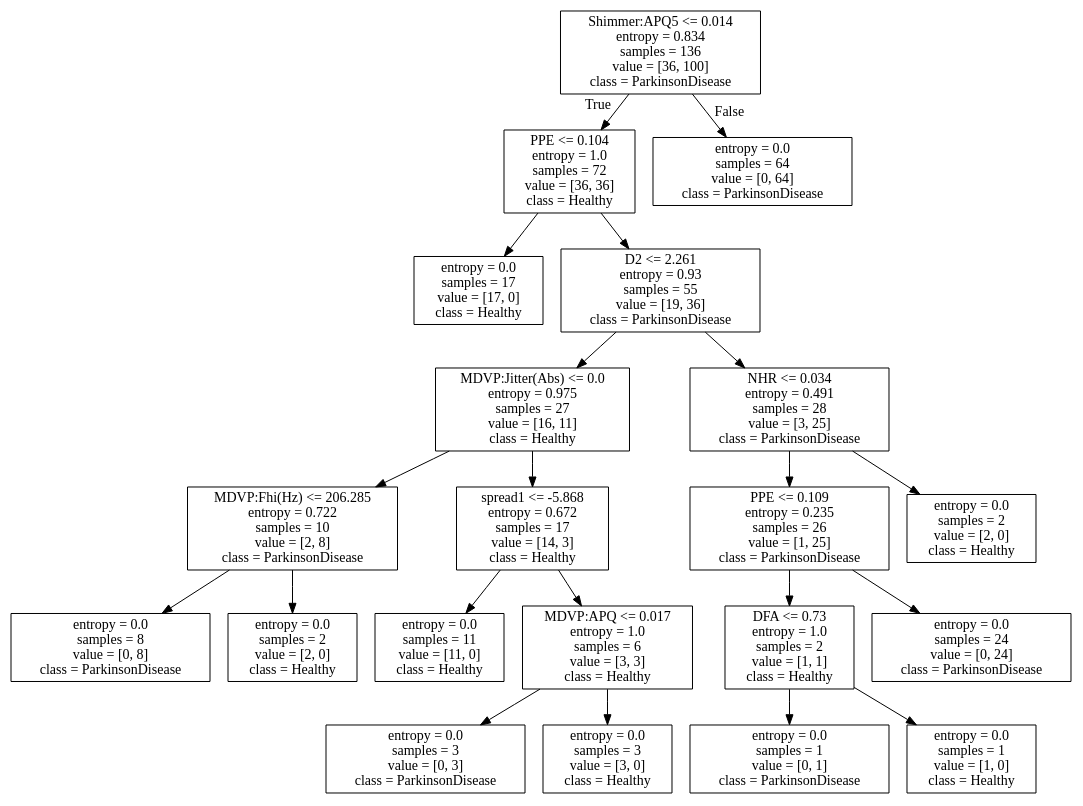
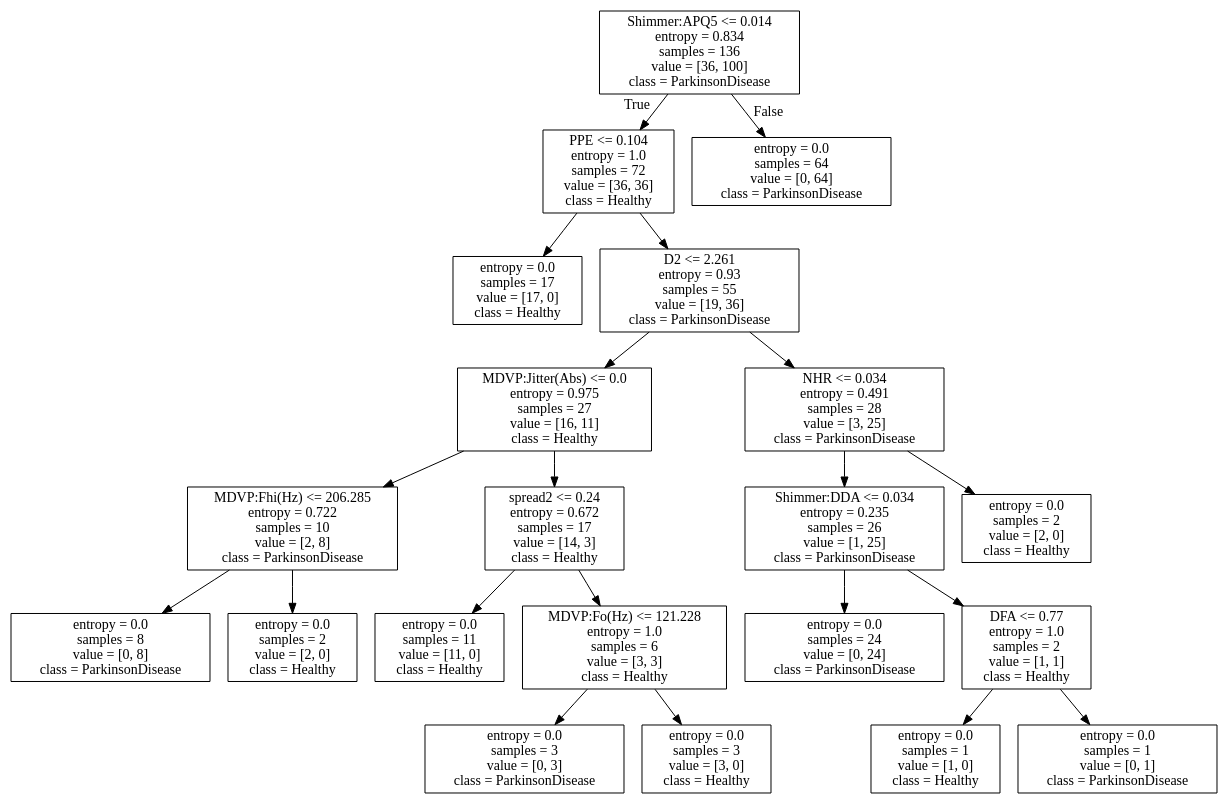
One commit to GreatLearningAIML1/chennai-aug-batch-senthilvelavan changed the diagram in EnsembleTechniques-R3-Project1/PD_No_Yes.dot. Above: the diagram before and after it, drawn with Graphviz. The commit also changed 6 other files, not shown here.

Commit message:
modified:   EnsembleTechniques_R3_Project1_Parkinson’s Disease.ipynb 	modified:   PD_No_Yes.dot 	modified:   PD_No_Yes_1.dot 	modified:   PD_No_Yes_2.dot 	new file:   PD_No_Yes_3.dot 	new file:   PD_No_Yes_4.dot 	new file:   PD_No_Yes_5.dot 	new file:   PD_No_Yes_6.dot

```diff
--- a/EnsembleTechniques-R3-Project1/PD_No_Yes.dot
+++ b/EnsembleTechniques-R3-Project1/PD_No_Yes.dot
@@ -1,44 +1,44 @@
 digraph Tree {
 node [shape=box] ;
 0 [label="Shimmer:APQ5 <= 0.014\nentropy = 0.834\nsamples = 136\nvalue = [36, 100]\nclass = ParkinsonDisease"] ;
 1 [label="PPE <= 0.104\nentropy = 1.0\nsamples = 72\nvalue = [36, 36]\nclass = Healthy"] ;
 0 -> 1 [labeldistance=2.5, labelangle=45, headlabel="True"] ;
 2 [label="entropy = 0.0\nsamples = 17\nvalue = [17, 0]\nclass = Healthy"] ;
 1 -> 2 ;
 3 [label="D2 <= 2.261\nentropy = 0.93\nsamples = 55\nvalue = [19, 36]\nclass = ParkinsonDisease"] ;
 1 -> 3 ;
 4 [label="MDVP:Jitter(Abs) <= 0.0\nentropy = 0.975\nsamples = 27\nvalue = [16, 11]\nclass = Healthy"] ;
 3 -> 4 ;
 5 [label="MDVP:Fhi(Hz) <= 206.285\nentropy = 0.722\nsamples = 10\nvalue = [2, 8]\nclass = ParkinsonDisease"] ;
 4 -> 5 ;
 6 [label="entropy = 0.0\nsamples = 8\nvalue = [0, 8]\nclass = ParkinsonDisease"] ;
 5 -> 6 ;
 7 [label="entropy = 0.0\nsamples = 2\nvalue = [2, 0]\nclass = Healthy"] ;
 5 -> 7 ;
-8 [label="spread1 <= -5.868\nentropy = 0.672\nsamples = 17\nvalue = [14, 3]\nclass = Healthy"] ;
+8 [label="spread2 <= 0.24\nentropy = 0.672\nsamples = 17\nvalue = [14, 3]\nclass = Healthy"] ;
 4 -> 8 ;
 9 [label="entropy = 0.0\nsamples = 11\nvalue = [11, 0]\nclass = Healthy"] ;
 8 -> 9 ;
-10 [label="MDVP:APQ <= 0.017\nentropy = 1.0\nsamples = 6\nvalue = [3, 3]\nclass = Healthy"] ;
+10 [label="MDVP:Fo(Hz) <= 121.228\nentropy = 1.0\nsamples = 6\nvalue = [3, 3]\nclass = Healthy"] ;
 8 -> 10 ;
 11 [label="entropy = 0.0\nsamples = 3\nvalue = [0, 3]\nclass = ParkinsonDisease"] ;
 10 -> 11 ;
 12 [label="entropy = 0.0\nsamples = 3\nvalue = [3, 0]\nclass = Healthy"] ;
 10 -> 12 ;
 13 [label="NHR <= 0.034\nentropy = 0.491\nsamples = 28\nvalue = [3, 25]\nclass = ParkinsonDisease"] ;
 3 -> 13 ;
-14 [label="PPE <= 0.109\nentropy = 0.235\nsamples = 26\nvalue = [1, 25]\nclass = ParkinsonDisease"] ;
+14 [label="Shimmer:DDA <= 0.034\nentropy = 0.235\nsamples = 26\nvalue = [1, 25]\nclass = ParkinsonDisease"] ;
 13 -> 14 ;
-15 [label="DFA <= 0.73\nentropy = 1.0\nsamples = 2\nvalue = [1, 1]\nclass = Healthy"] ;
+15 [label="entropy = 0.0\nsamples = 24\nvalue = [0, 24]\nclass = ParkinsonDisease"] ;
 14 -> 15 ;
-16 [label="entropy = 0.0\nsamples = 1\nvalue = [0, 1]\nclass = ParkinsonDisease"] ;
-15 -> 16 ;
+16 [label="DFA <= 0.77\nentropy = 1.0\nsamples = 2\nvalue = [1, 1]\nclass = Healthy"] ;
+14 -> 16 ;
 17 [label="entropy = 0.0\nsamples = 1\nvalue = [1, 0]\nclass = Healthy"] ;
-15 -> 17 ;
-18 [label="entropy = 0.0\nsamples = 24\nvalue = [0, 24]\nclass = ParkinsonDisease"] ;
-14 -> 18 ;
+16 -> 17 ;
+18 [label="entropy = 0.0\nsamples = 1\nvalue = [0, 1]\nclass = ParkinsonDisease"] ;
+16 -> 18 ;
 19 [label="entropy = 0.0\nsamples = 2\nvalue = [2, 0]\nclass = Healthy"] ;
 13 -> 19 ;
 20 [label="entropy = 0.0\nsamples = 64\nvalue = [0, 64]\nclass = ParkinsonDisease"] ;
 0 -> 20 [labeldistance=2.5, labelangle=-45, headlabel="False"] ;
 }
```
